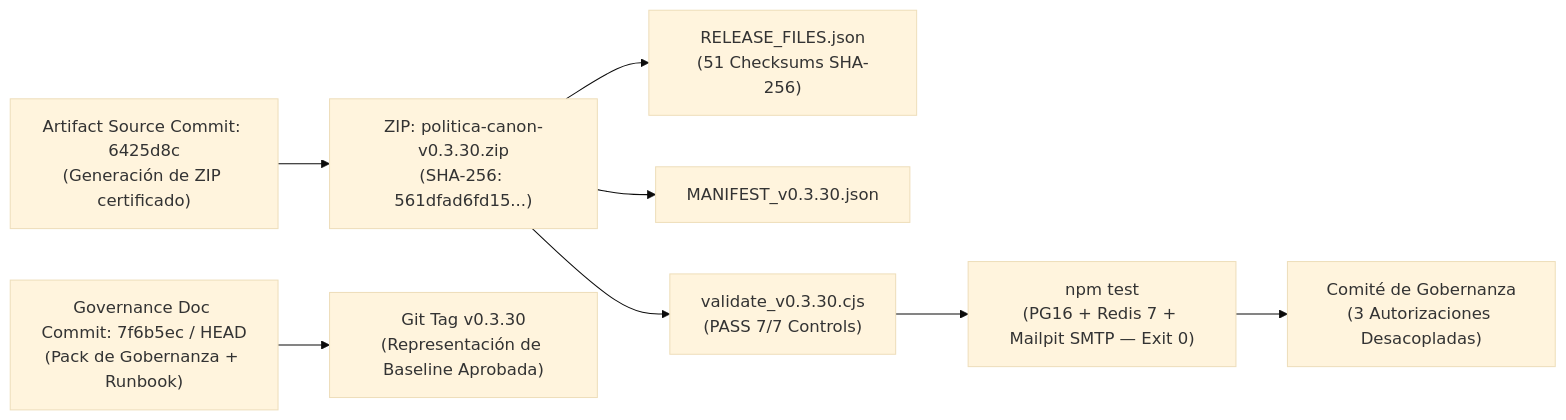
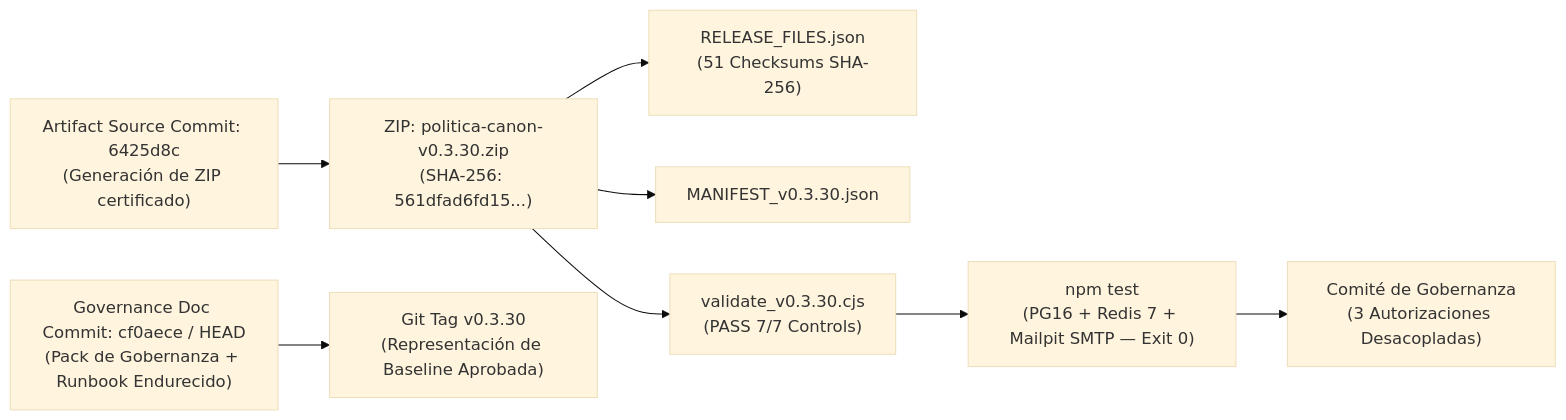
Before and after one commit to drleuman/Politico: the diagram in GOVERNANCE_APPROVAL_PACK_v0.3.30.md, drawn with Mermaid (base theme). The commit also changed other lines of this file and 1 other file, not shown here.

Commit message:
docs(governance): final hardening of governance pack and runbook with total writer freeze, T0-T5 timeline, logical backup terminology and dist guardrails

````diff
--- a/GOVERNANCE_APPROVAL_PACK_v0.3.30.md
+++ b/GOVERNANCE_APPROVAL_PACK_v0.3.30.md
@@ -24,10 +25,10 @@
 ```mermaid
 flowchart LR
     SourceCommit["Artifact Source Commit: 6425d8c\n(Generación de ZIP certificado)"] --> ZIP["ZIP: politica-canon-v0.3.30.zip\n(SHA-256: 561dfad6fd15...)"]
-    DocCommit["Governance Doc Commit: 7f6b5ec / HEAD\n(Pack de Gobernanza + Runbook)"] --> Tag["Git Tag v0.3.30\n(Representación de Baseline Aprobada)"]
+    DocCommit["Governance Doc Commit: cf0aece / HEAD\n(Pack de Gobernanza + Runbook Endurecido)"] --> Tag["Git Tag v0.3.30\n(Representación de Baseline Aprobada)"]
     ZIP --> InternalManifest["RELEASE_FILES.json\n(51 Checksums SHA-256)"]
     ZIP --> ExternalManifest["MANIFEST_v0.3.30.json"]
     ZIP --> Validator["validate_v0.3.30.cjs\n(PASS 7/7 Controls)"]
     Validator --> Gate["npm test\n(PG16 + Redis 7 + Mailpit SMTP — Exit 0)"]
     Gate --> Decision["Comité de Gobernanza\n(3 Autorizaciones Desacopladas)"]
 ```
````
